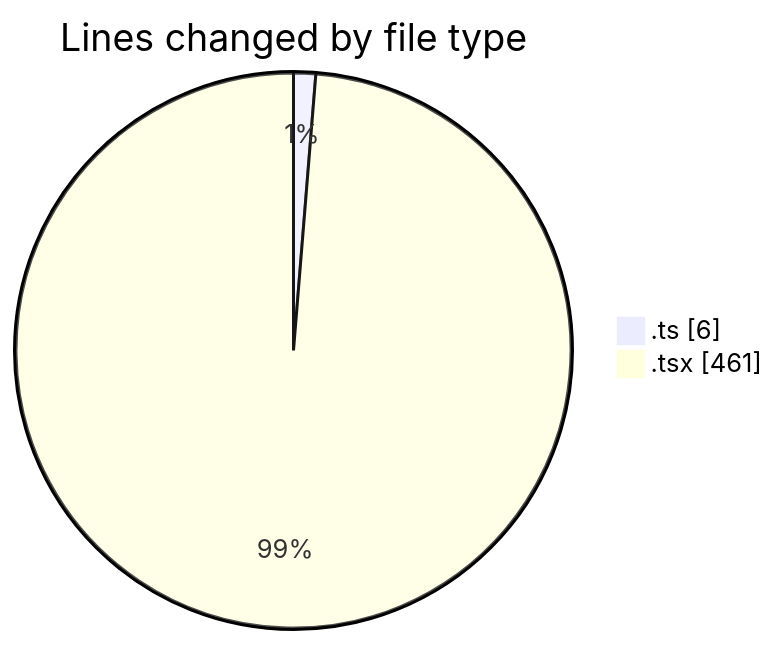
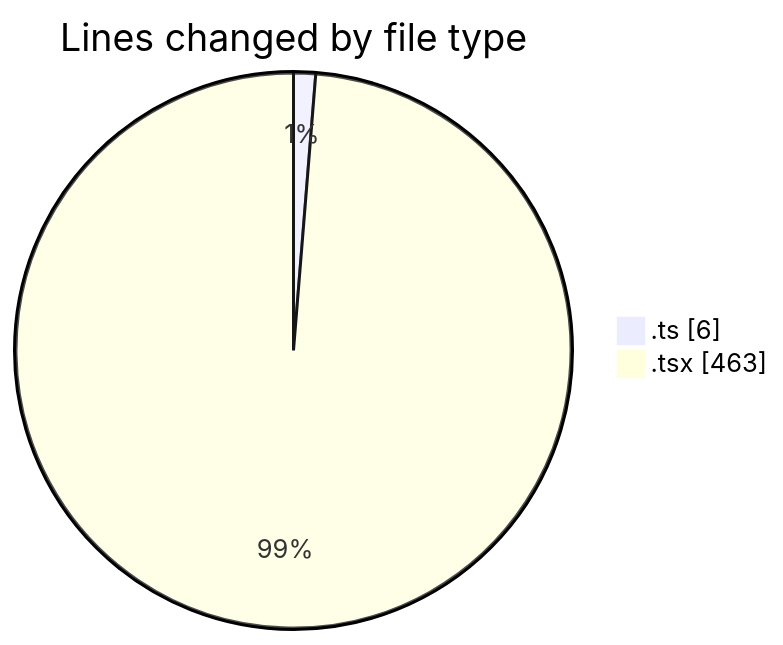
Before and after one commit to momahboobian/code-tracking: the first of 2 diagrams in 2025-07-01/cda/README.md, drawn with Mermaid. The commit also changed other lines of this file and 1 other file, not shown here.

````diff
--- a/2025-07-01/cda/README.md
+++ b/2025-07-01/cda/README.md
@@ -22,6 +22,6 @@
 ```mermaid
 pie showData
 title Lines changed by file type
 ".ts" : 6
-".tsx" : 461
+".tsx" : 463
 ```
````
